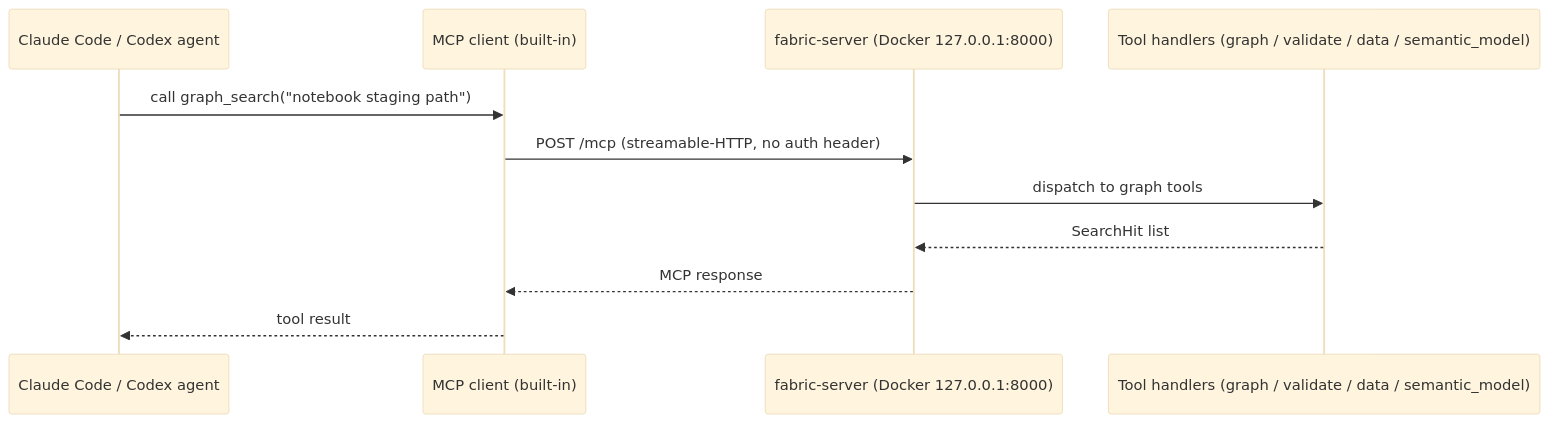
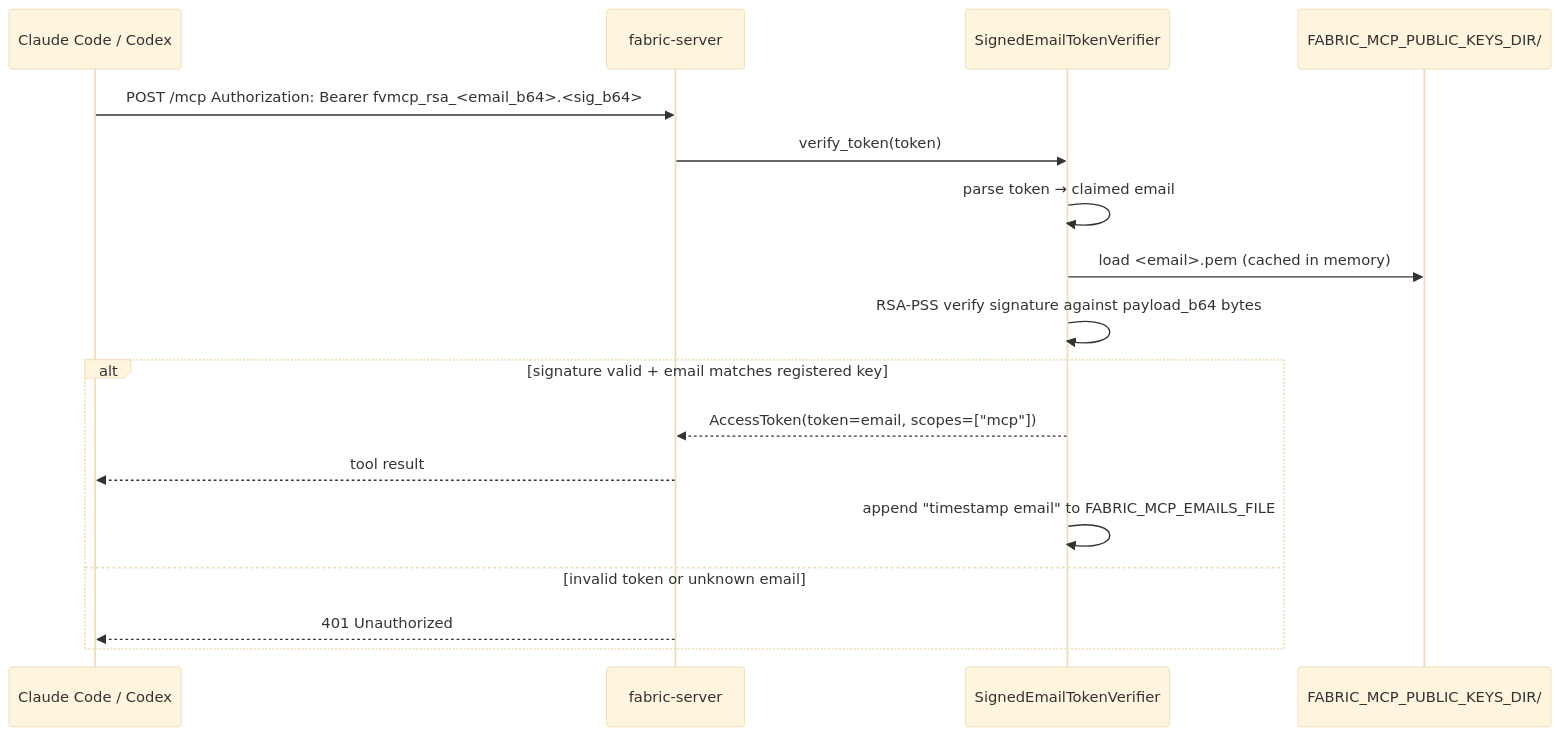
The second of 2 diagrams in docs/mcp-auth-flow.md (mathieu-slg/fabric-skills-settings), drawn with Mermaid (base theme) before and after one commit. The commit also changed other lines of this file, not shown here.

First line of the commit message:
docs: add RSA key auth to mcp-auth-flow.md

````diff
--- a/docs/mcp-auth-flow.md
+++ b/docs/mcp-auth-flow.md
@@ -42,14 +66,20 @@
 ```mermaid
 sequenceDiagram
-    participant Agent as Claude Code / Codex agent
-    participant Client as MCP client (built-in)
-    participant Server as fabric-server (Docker 127.0.0.1:8000)
-    participant Tools as Tool handlers (graph / validate / data / semantic_model)
+    participant Agent as Claude Code / Codex
+    participant Server as fabric-server
+    participant Verifier as SignedEmailTokenVerifier
+    participant Keys as FABRIC_MCP_PUBLIC_KEYS_DIR/
 
-    Agent->>Client: call graph_search("notebook staging path")
-    Client->>Server: POST /mcp  (streamable-HTTP, no auth header)
-    Server->>Tools: dispatch to graph tools
-    Tools-->>Server: SearchHit list
-    Server-->>Client: MCP response
-    Client-->>Agent: tool result
+    Agent->>Server: POST /mcp  Authorization: Bearer fvmcp_rsa_<email_b64>.<sig_b64>
+    Server->>Verifier: verify_token(token)
+    Verifier->>Verifier: parse token → claimed email
+    Verifier->>Keys: load <email>.pem (cached in memory)
+    Verifier->>Verifier: RSA-PSS verify signature against payload_b64 bytes
+    alt signature valid + email matches registered key
+        Verifier-->>Server: AccessToken(token=email, scopes=["mcp"])
+        Server-->>Agent: tool result
+        Verifier->>Verifier: append "timestamp email" to FABRIC_MCP_EMAILS_FILE
+    else invalid token or unknown email
+        Server-->>Agent: 401 Unauthorized
+    end
 ```
````
